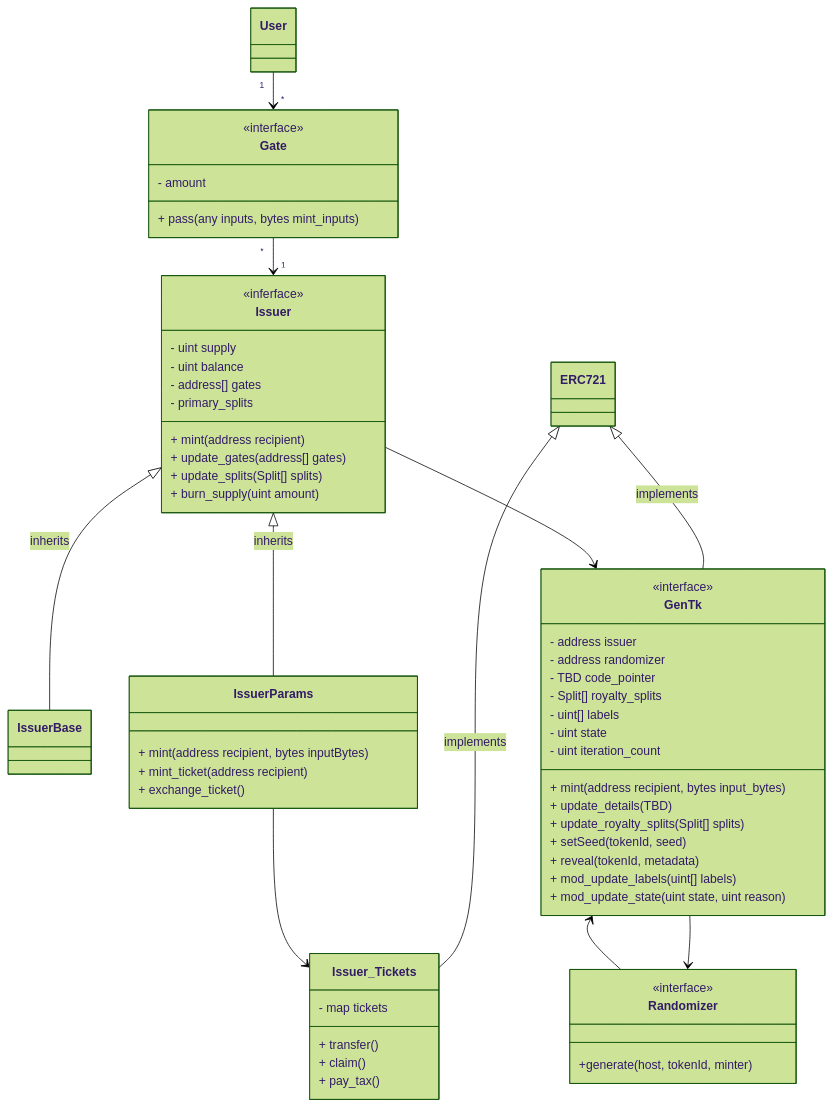
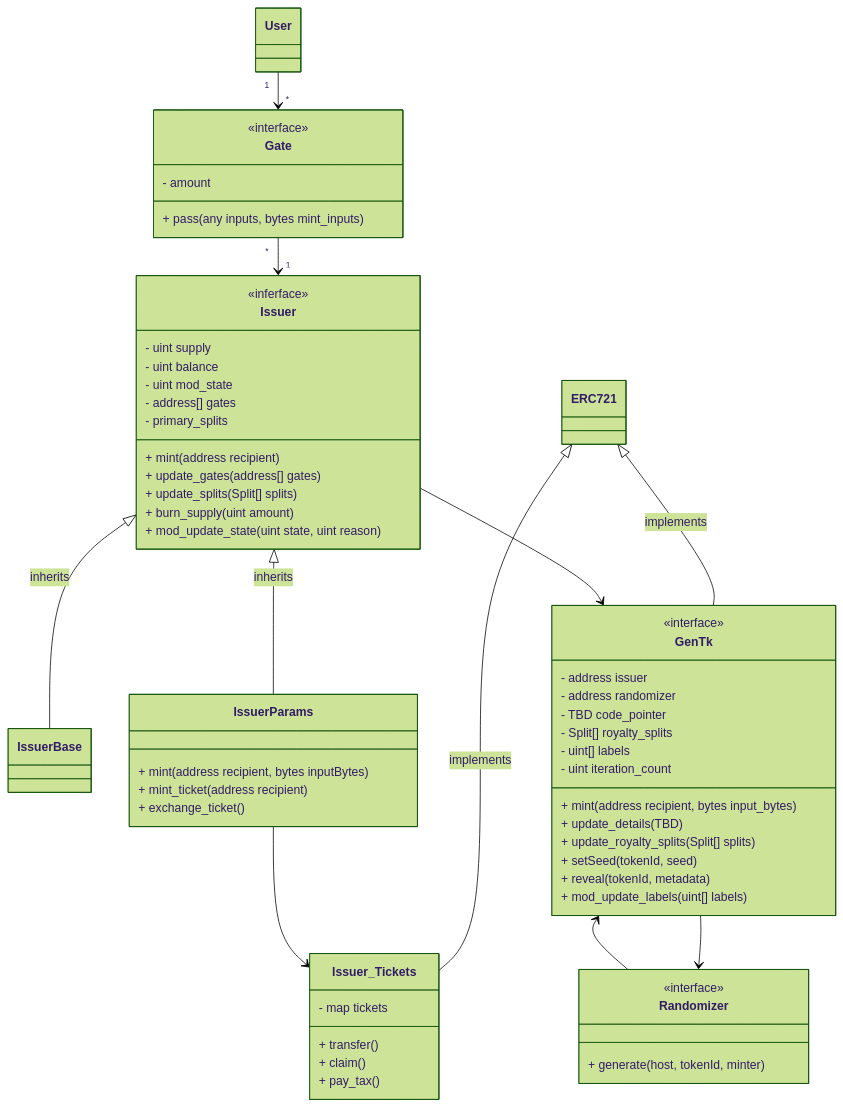
The fifth of 8 diagrams in architecture/overall.md (fxhash/fxhash-evm-core), drawn with Mermaid (forest theme) before and after one commit. The commit also changed other lines of this file and 1 other file, not shown here.

````diff
--- a/architecture/overall.md
+++ b/architecture/overall.md
@@ -150,75 +168,75 @@
 ```mermaid
 classDiagram
   %% inheritance
   Issuer <|-- IssuerBase : inherits
   Issuer <|-- IssuerParams : inherits
   ERC721 <|-- GenTk : implements
   ERC721 <|-- Issuer_Tickets : implements
   %% comms
   User "1" --> "*" Gate
   Gate "*" --> "1" Issuer
   Issuer --> GenTk
   GenTk --> Randomizer
   Randomizer --> GenTk
   IssuerParams --> Issuer_Tickets
 
   class User {
   }
 
   class Gate {
     <<interface>>
     - amount
     + pass(any inputs, bytes mint_inputs)
   }
 
   class Issuer {
     <<inferface>>
     - uint supply
     - uint balance
+    - uint mod_state
     - address[] gates
     - primary_splits
     + mint(address recipient)
     + update_gates(address[] gates)
     + update_splits(Split[] splits)
     + burn_supply(uint amount)
+    + mod_update_state(uint state, uint reason)
   }
 
   class IssuerBase {
   }
 
   class IssuerParams {
     + mint(address recipient, bytes inputBytes)
     + mint_ticket(address recipient)
     + exchange_ticket()
   }
 
   class GenTk {
     <<interface>>
     - address issuer
     - address randomizer
     - TBD code_pointer
     - Split[] royalty_splits
     - uint[] labels
-    - uint state
     - uint iteration_count
     + mint(address recipient, bytes input_bytes)
     + update_details(TBD)
     + update_royalty_splits(Split[] splits)
     + setSeed(tokenId, seed)
     + reveal(tokenId, metadata)
     + mod_update_labels(uint[] labels)
-    + mod_update_state(uint state, uint reason)
   }
 
   class Issuer_Tickets {
     - map tickets
     + transfer()
     + claim()
     + pay_tax()
   }
 
   class Randomizer {
     <<interface>>
-    +generate(host, tokenId, minter)
+    + generate(host, tokenId, minter)
   }
 ```
````
